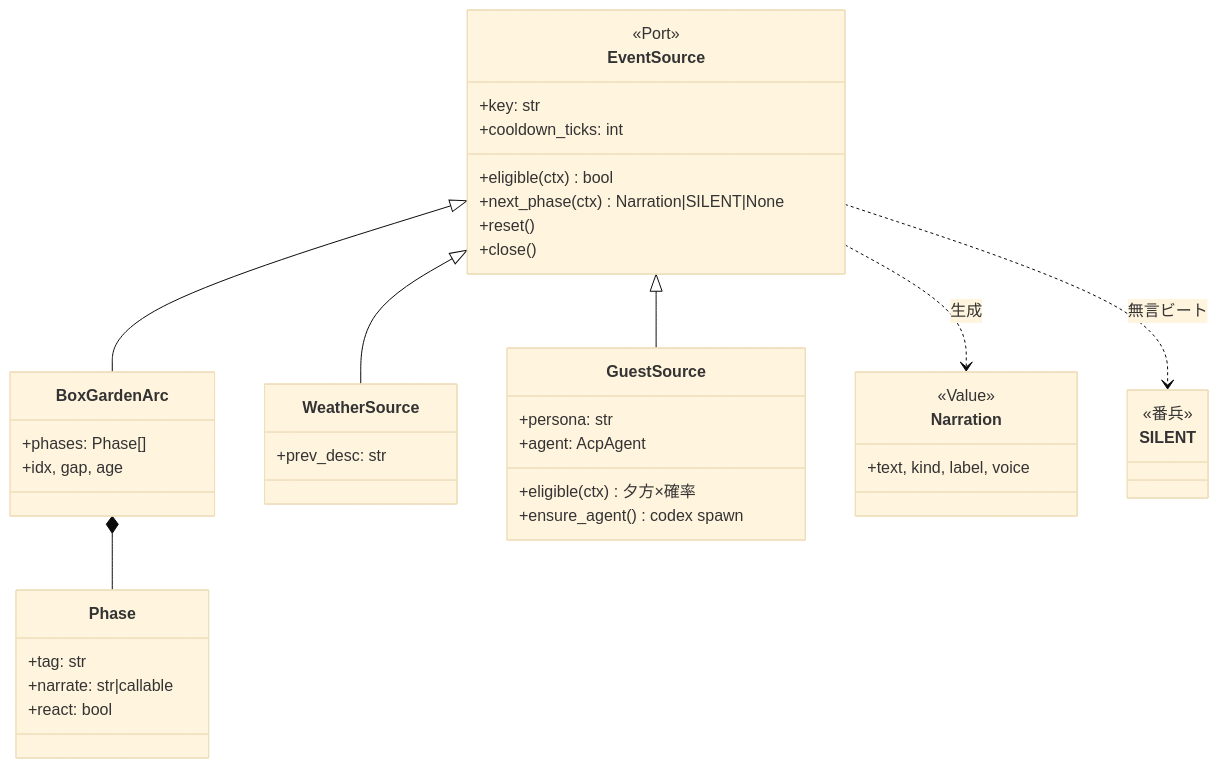
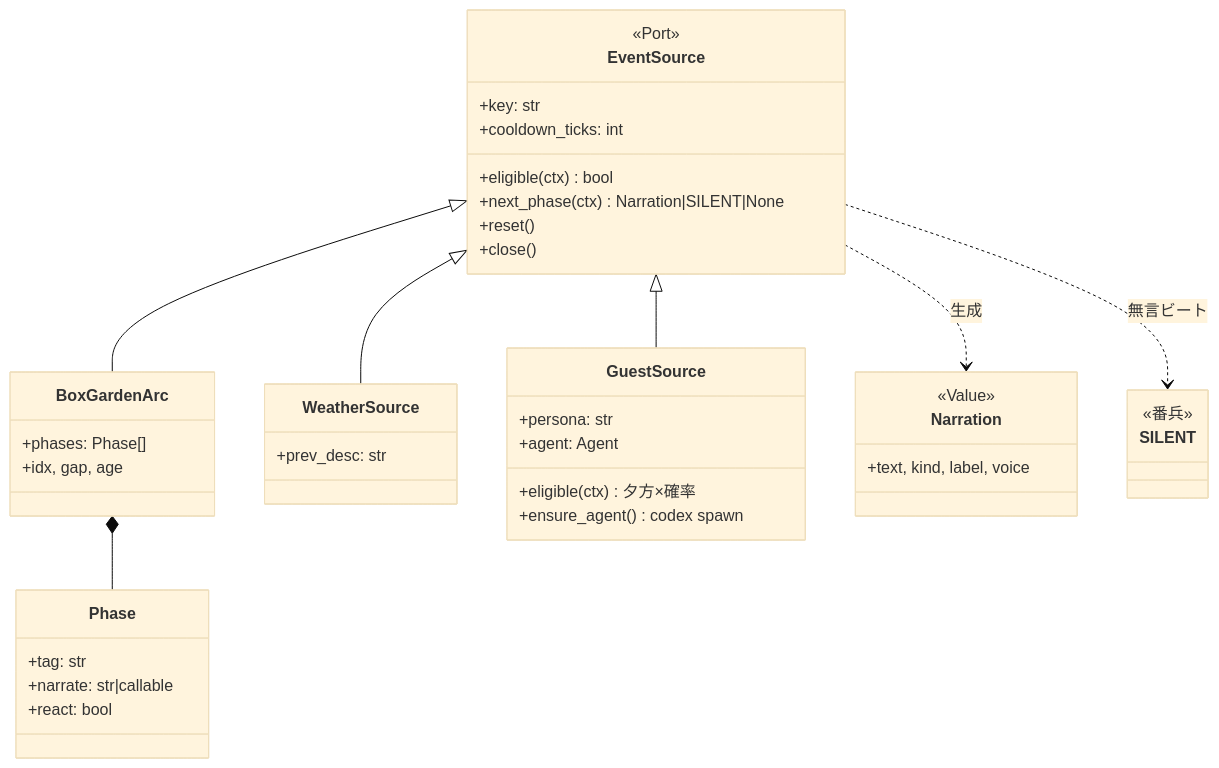
One commit to NiteC-a11y/Engawa changed the fourth of 7 diagrams in docs/class-diagram.md. Above: the diagram before and after it, drawn with Mermaid (base theme). The commit also changed other lines of this file and 5 other files, not shown here.

Commit message:
docs: codex ドリフト点検の指摘7件を反映（ADR-0015 Inc3 顛末・TECH_RULES に中断不可例外・class-diagram の Agent ポート現行化＋utter_preemptible・ADR-0031 E2E 範囲限定・原則3 注記・584行を P5 時点実測と明記）

````diff
--- a/docs/class-diagram.md
+++ b/docs/class-diagram.md
@@ -222,52 +224,52 @@
 ```mermaid
 classDiagram
     direction TB
 
     class EventSource {
         <<Port>>
         +key: str
         +cooldown_ticks: int
         +eligible(ctx) bool
         +next_phase(ctx) Narration|SILENT|None
         +reset()
         +close()
     }
 
     class BoxGardenArc {
         +phases: Phase[]
         +idx, gap, age
     }
 
     class WeatherSource {
         +prev_desc: str
     }
 
     class GuestSource {
         +persona: str
-        +agent: AcpAgent
+        +agent: Agent
         +eligible(ctx) 夕方×確率
         +ensure_agent() codex spawn
     }
 
     class Phase {
         +tag: str
         +narrate: str|callable
         +react: bool
     }
 
     class Narration {
         <<Value>>
         +text, kind, label, voice
     }
 
     class SILENT {
         <<番兵>>
     }
 
     EventSource <|-- BoxGardenArc
     EventSource <|-- WeatherSource
     EventSource <|-- GuestSource
     BoxGardenArc *-- Phase
     EventSource ..> Narration : 生成
     EventSource ..> SILENT : 無言ビート
 ```
````
